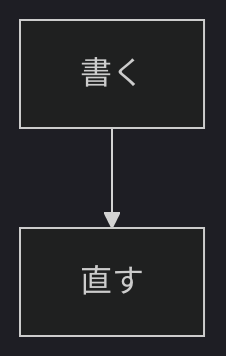
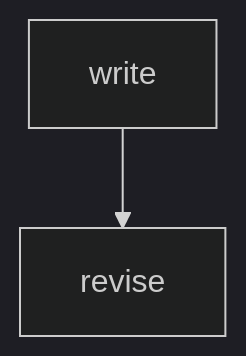
The second of 2 diagrams in tests/e2e/fixture.md (TakashiAihara/akapen), drawn with Mermaid (dark theme) before and after one commit. The commit also changed other lines of this file and 1 other file, not shown here.

````diff
--- a/tests/e2e/fixture.md
+++ b/tests/e2e/fixture.md
@@ -47,4 +47,4 @@
 ```Mermaid
 graph TD
-  D[書く] --> E[直す]
+  D[write] --> E[revise]
 ```
````
